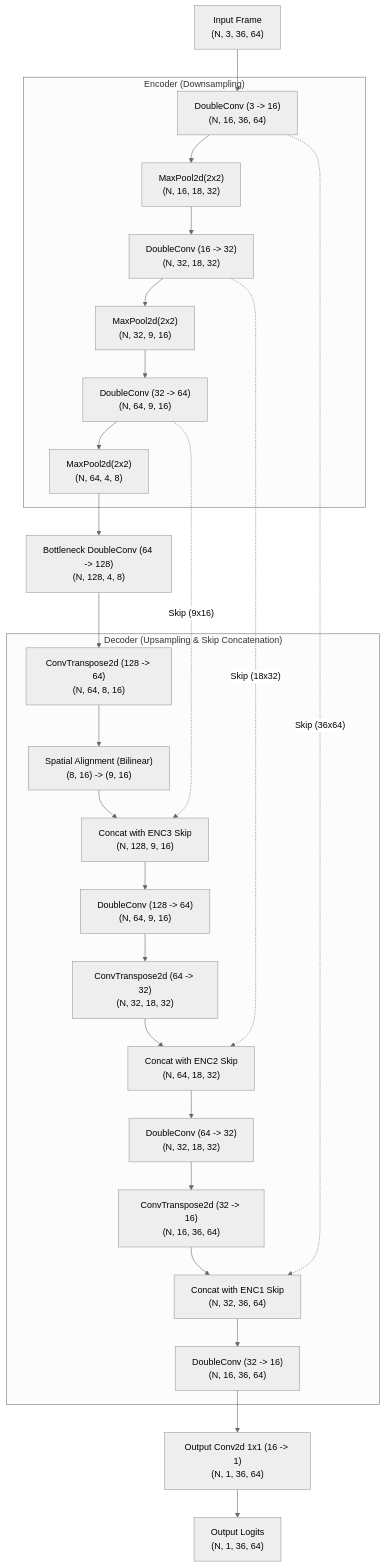
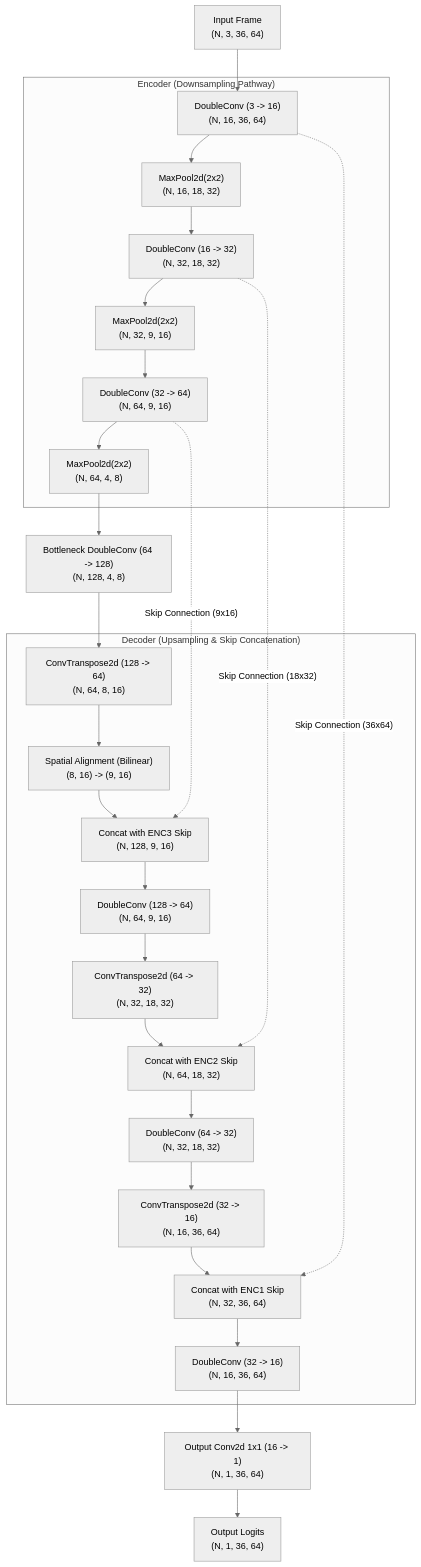
Before and after one commit to Woramet7897/Assignment-10-Neural-network-from-scratch: the diagram in README.md, drawn with Mermaid (neutral theme). The commit also changed other lines of this file and 17 other files, not shown here.

````diff
--- a/README.md
+++ b/README.md
@@ -43,42 +52,42 @@
 ```mermaid
 flowchart TD
     IN["Input Frame<br/>(N, 3, 36, 64)"] --> ENC1
 
-    subgraph Encoder ["Encoder (Downsampling)"]
+    subgraph Encoder ["Encoder (Downsampling Pathway)"]
         ENC1["DoubleConv (3 -> 16)<br/>(N, 16, 36, 64)"]
         P1["MaxPool2d(2x2)<br/>(N, 16, 18, 32)"]
         ENC2["DoubleConv (16 -> 32)<br/>(N, 32, 18, 32)"]
         P2["MaxPool2d(2x2)<br/>(N, 32, 9, 16)"]
         ENC3["DoubleConv (32 -> 64)<br/>(N, 64, 9, 16)"]
         P3["MaxPool2d(2x2)<br/>(N, 64, 4, 8)"]
     end
 
     ENC1 --> P1 --> ENC2 --> P2 --> ENC3 --> P3
     P3 --> BN["Bottleneck DoubleConv (64 -> 128)<br/>(N, 128, 4, 8)"]
 
     subgraph Decoder ["Decoder (Upsampling & Skip Concatenation)"]
         UP1["ConvTranspose2d (128 -> 64)<br/>(N, 64, 8, 16)"]
         ALIGN1["Spatial Alignment (Bilinear)<br/>(8, 16) -> (9, 16)"]
         CAT1["Concat with ENC3 Skip<br/>(N, 128, 9, 16)"]
         DEC1["DoubleConv (128 -> 64)<br/>(N, 64, 9, 16)"]
 
         UP2["ConvTranspose2d (64 -> 32)<br/>(N, 32, 18, 32)"]
         CAT2["Concat with ENC2 Skip<br/>(N, 64, 18, 32)"]
         DEC2["DoubleConv (64 -> 32)<br/>(N, 32, 18, 32)"]
 
         UP3["ConvTranspose2d (32 -> 16)<br/>(N, 16, 36, 64)"]
         CAT3["Concat with ENC1 Skip<br/>(N, 32, 36, 64)"]
         DEC3["DoubleConv (32 -> 16)<br/>(N, 16, 36, 64)"]
     end
 
     BN --> UP1 --> ALIGN1 --> CAT1 --> DEC1
     DEC1 --> UP2 --> CAT2 --> DEC2
     DEC2 --> UP3 --> CAT3 --> DEC3
 
     DEC3 --> OUTC["Output Conv2d 1x1 (16 -> 1)<br/>(N, 1, 36, 64)"]
     OUTC --> OUT["Output Logits<br/>(N, 1, 36, 64)"]
 
-    ENC3 -. "Skip (9x16)" .-> CAT1
-    ENC2 -. "Skip (18x32)" .-> CAT2
-    ENC1 -. "Skip (36x64)" .-> CAT3
+    ENC3 -. "Skip Connection (9x16)" .-> CAT1
+    ENC2 -. "Skip Connection (18x32)" .-> CAT2
+    ENC1 -. "Skip Connection (36x64)" .-> CAT3
 ```
````
